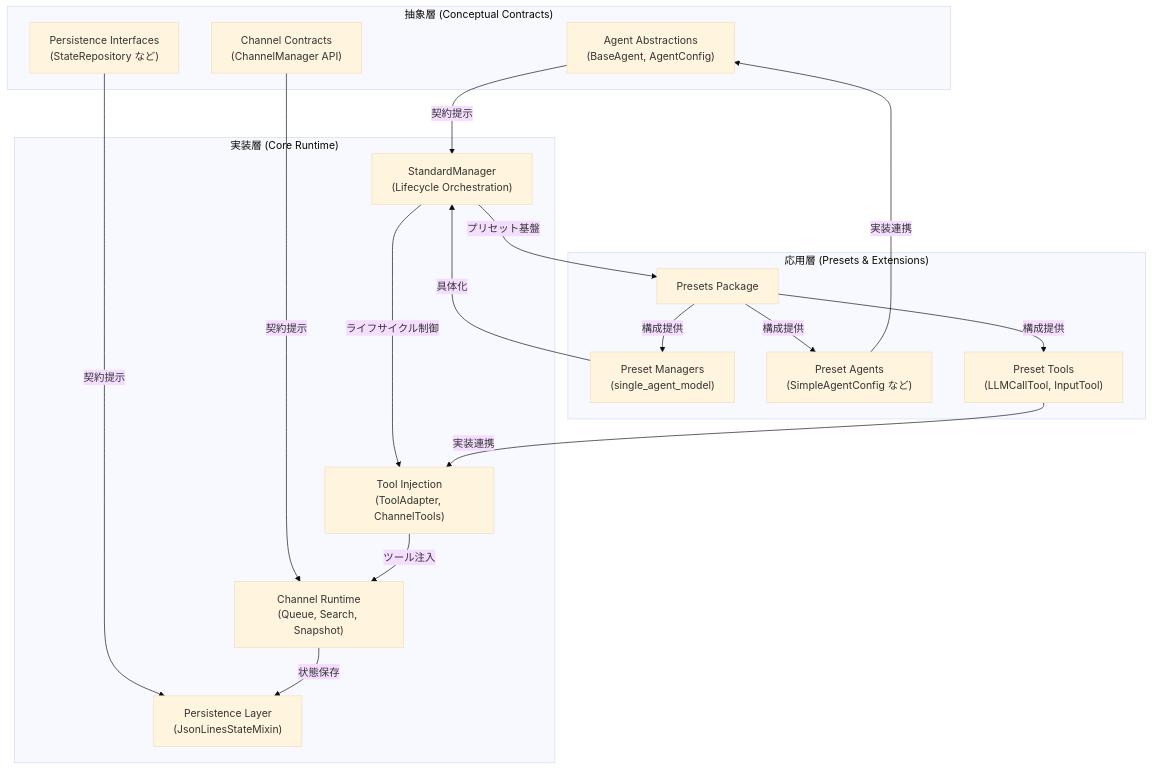
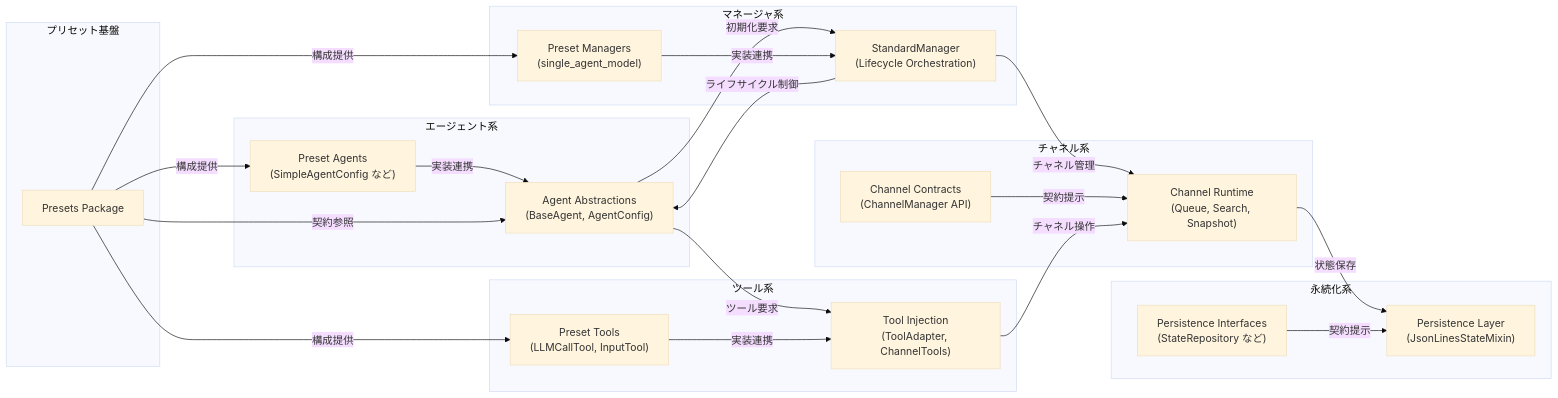
Before and after one commit to n-kats/ai-agents: the diagram in docs/library_structure.md, drawn with Mermaid (base theme). The commit also changed other lines of this file and 1 other file, not shown here.

````diff
--- a/docs/library_structure.md
+++ b/docs/library_structure.md
@@ -7,36 +7,47 @@
 ```mermaid
-graph TB
-    subgraph Abstract["抽象層 (Conceptual Contracts)"]
+graph LR
+    subgraph Agents["エージェント系"]
         agent_api["Agent Abstractions<br/>(BaseAgent, AgentConfig)"]
-        channel_contracts["Channel Contracts<br/>(ChannelManager API)"]
-        persistence_contracts["Persistence Interfaces<br/>(StateRepository など)"]
+        preset_agents["Preset Agents<br/>(SimpleAgentConfig など)"]
     end
 
-    subgraph CoreRuntime["実装層 (Core Runtime)"]
+    subgraph Managers["マネージャ系"]
         manager_layer["StandardManager<br/>(Lifecycle Orchestration)"]
-        channel_runtime["Channel Runtime<br/>(Queue, Search, Snapshot)"]
-        persistence_runtime["Persistence Layer<br/>(JsonLinesStateMixin)"]
-        tool_injection["Tool Injection<br/>(ToolAdapter, ChannelTools)"]
+        preset_managers["Preset Managers<br/>(single_agent_model)"]
     end
 
-    subgraph Extensions["応用層 (Presets & Extensions)"]
-        presets["Presets Package"]
-        preset_managers["Preset Managers<br/>(single_agent_model)"]
-        preset_agents["Preset Agents<br/>(SimpleAgentConfig など)"]
+    subgraph Channels["チャネル系"]
+        channel_contracts["Channel Contracts<br/>(ChannelManager API)"]
+        channel_runtime["Channel Runtime<br/>(Queue, Search, Snapshot)"]
+    end
+
+    subgraph Persistence["永続化系"]
+        persistence_contracts["Persistence Interfaces<br/>(StateRepository など)"]
+        persistence_runtime["Persistence Layer<br/>(JsonLinesStateMixin)"]
+    end
+
+    subgraph Tooling["ツール系"]
+        tool_injection["Tool Injection<br/>(ToolAdapter, ChannelTools)"]
         preset_tools["Preset Tools<br/>(LLMCallTool, InputTool)"]
     end
 
-    agent_api -->|契約提示| manager_layer
+    subgraph Presets["プリセット基盤"]
+        presets["Presets Package"]
+    end
+
+    agent_api -->|初期化要求| manager_layer
+    manager_layer -->|ライフサイクル制御| agent_api
+    manager_layer -->|チャネル管理| channel_runtime
     channel_contracts -->|契約提示| channel_runtime
+    channel_runtime -->|状態保存| persistence_runtime
     persistence_contracts -->|契約提示| persistence_runtime
-    manager_layer -->|ライフサイクル制御| tool_injection
-    tool_injection -->|ツール注入| channel_runtime
-    channel_runtime -->|状態保存| persistence_runtime
-    manager_layer -->|プリセット基盤| presets
+    agent_api -->|ツール要求| tool_injection
+    tool_injection -->|チャネル操作| channel_runtime
     presets -->|構成提供| preset_managers
     presets -->|構成提供| preset_agents
     presets -->|構成提供| preset_tools
-    preset_managers -->|具体化| manager_layer
+    preset_managers -->|実装連携| manager_layer
     preset_agents -->|実装連携| agent_api
     preset_tools -->|実装連携| tool_injection
+    presets -->|契約参照| agent_api
 ```
````
